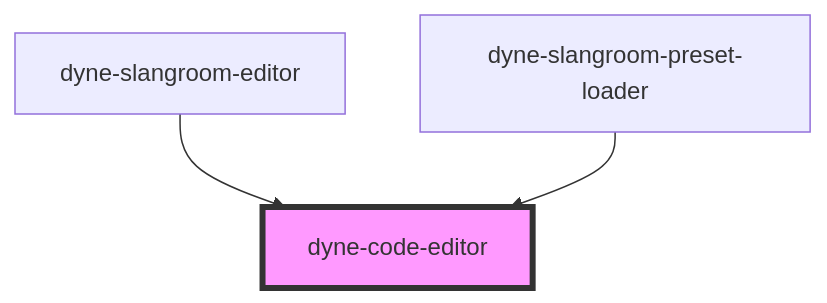
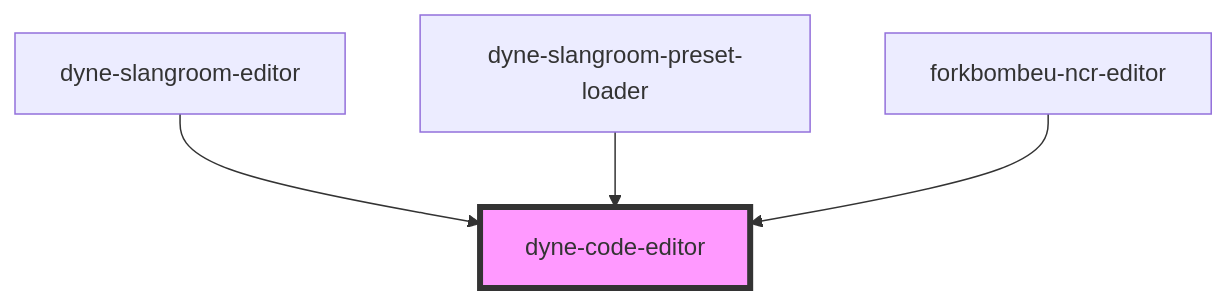
Before and after one commit to dyne/components: the diagram in src/components/dyne-code-editor/readme.md, drawn with Mermaid. The commit also changed other lines of this file and 11 other files, not shown here.

First line of the commit message:
feat: first draft of forkbombeu-ncr-editor

````diff
--- a/src/components/dyne-code-editor/readme.md
+++ b/src/components/dyne-code-editor/readme.md
@@ -53,6 +54,7 @@
 ```mermaid
 graph TD;
   dyne-slangroom-editor --> dyne-code-editor
   dyne-slangroom-preset-loader --> dyne-code-editor
+  forkbombeu-ncr-editor --> dyne-code-editor
   style dyne-code-editor fill:#f9f,stroke:#333,stroke-width:4px
 ```
````
